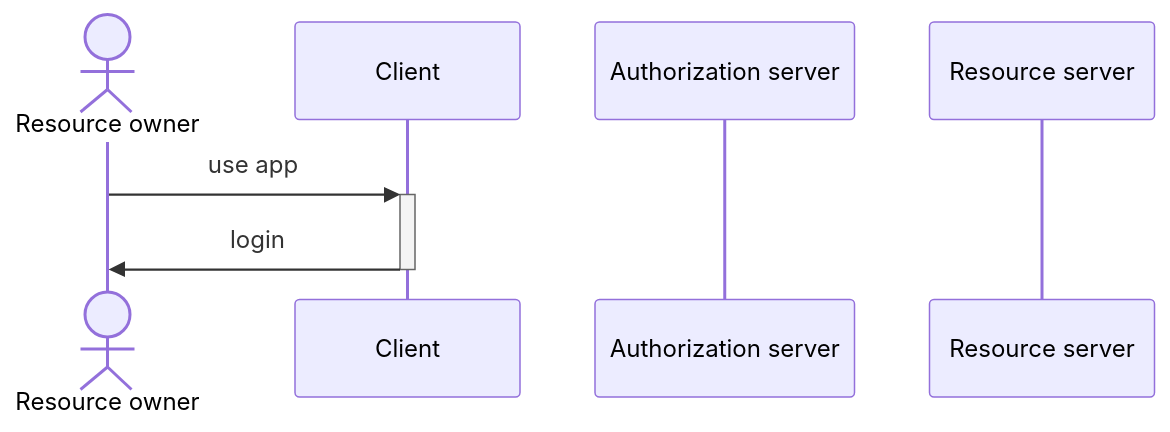
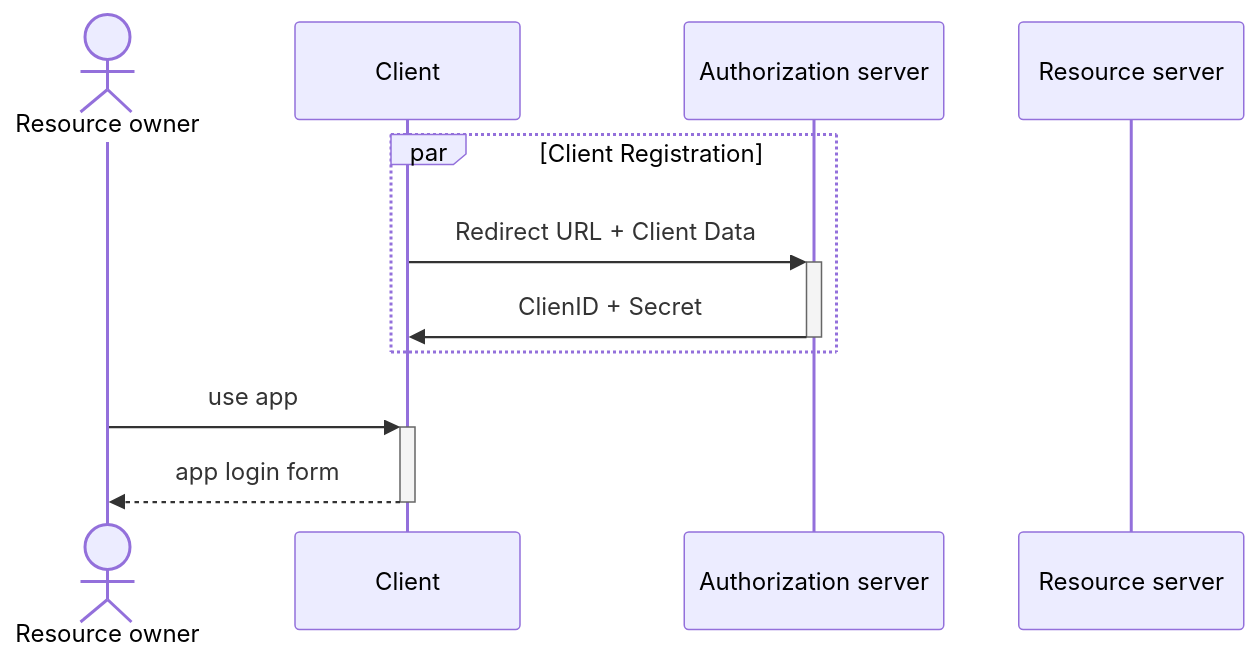
One commit to danzay42/Wiki changed the third of 3 diagrams in CS/Authorization.md. Above: the diagram before and after it, drawn with Mermaid.

Commit message:
vault backup: 2023-08-16 22:49:19
Affected files:
CS/Authorization.md

````diff
--- a/CS/Authorization.md
+++ b/CS/Authorization.md
@@ -98,10 +98,15 @@
 ```mermaid
 sequenceDiagram
 	actor o as Resource owner
 	participant c as Client
 	participant a as Authorization server
 	participant r as Resource server
 
+	par Client Registration
+		c ->>+ a: Redirect URL + Client Data
+		a ->>- c: ClienID + Secret
+	end
+
 	o ->>+ c: use app
-	c ->>- o: login
+	c -->>- o: app login form 
 ```
````
